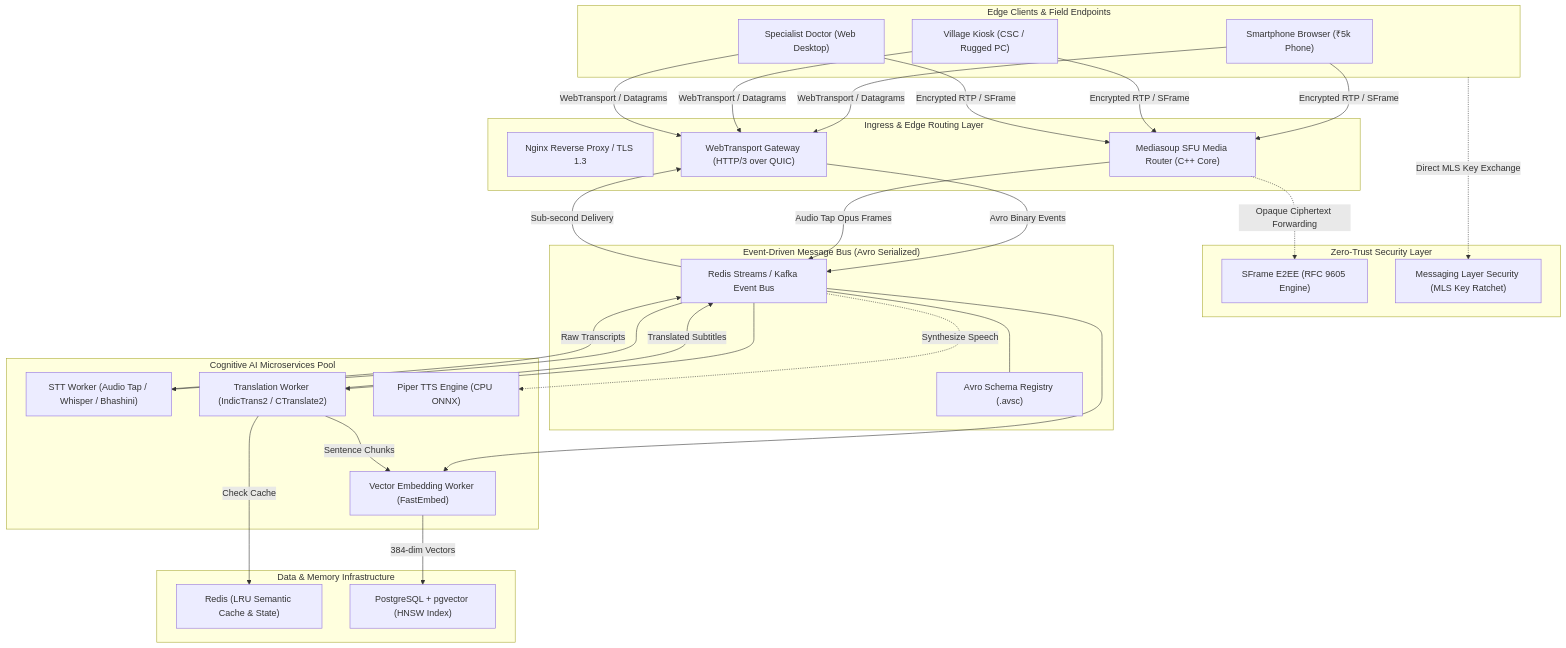
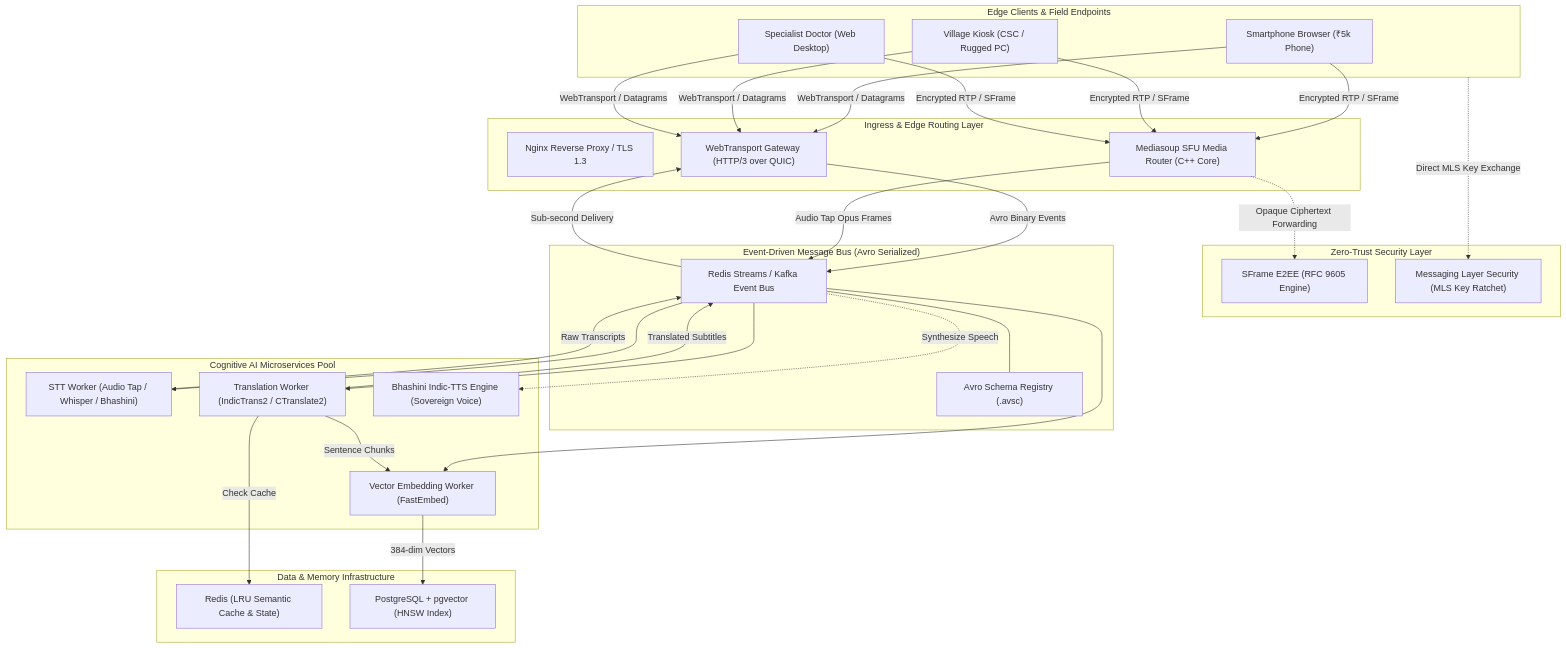
Before and after one commit to aditya-strategix/BhashaBridge: the first of 4 diagrams in docs/newArchitecture.md, drawn with Mermaid. The commit also changed other lines of this file and 96 other files, not shown here.

Commit message:
major architecture changes happened

````diff
--- a/docs/newArchitecture.md
+++ b/docs/newArchitecture.md
@@ -37,69 +37,69 @@
 ```mermaid
 flowchart TB
     subgraph Clients["Edge Clients & Field Endpoints"]
         Smartphone["Smartphone Browser (₹5k Phone)"]
         Kiosk["Village Kiosk (CSC / Rugged PC)"]
         Browser["Specialist Doctor (Web Desktop)"]
     end
 
     subgraph Ingress["Ingress & Edge Routing Layer"]
         Nginx["Nginx Reverse Proxy / TLS 1.3"]
         WT["WebTransport Gateway (HTTP/3 over QUIC)"]
         SFU["Mediasoup SFU Media Router (C++ Core)"]
     end
 
     subgraph Security["Zero-Trust Security Layer"]
         SFrame["SFrame E2EE (RFC 9605 Engine)"]
         MLS["Messaging Layer Security (MLS Key Ratchet)"]
     end
 
     subgraph Messaging["Event-Driven Message Bus (Avro Serialized)"]
         Kafka["Redis Streams / Kafka Event Bus"]
         SchemaReg["Avro Schema Registry (.avsc)"]
     end
 
     subgraph AIServices["Cognitive AI Microservices Pool"]
         STTWorker["STT Worker (Audio Tap / Whisper / Bhashini)"]
         TransWorker["Translation Worker (IndicTrans2 / CTranslate2)"]
-        TTSWorker["Piper TTS Engine (CPU ONNX)"]
+        TTSWorker["Bhashini Indic-TTS Engine (Sovereign Voice)"]
         RAGWorker["Vector Embedding Worker (FastEmbed)"]
     end
 
     subgraph DataTier["Data & Memory Infrastructure"]
         RedisCache["Redis (LRU Semantic Cache & State)"]
         Postgres["PostgreSQL + pgvector (HNSW Index)"]
     end
 
     %% Client Connections
     Smartphone -->|WebTransport / Datagrams| WT
     Smartphone -->|Encrypted RTP / SFrame| SFU
     Kiosk -->|WebTransport / Datagrams| WT
     Kiosk -->|Encrypted RTP / SFrame| SFU
     Browser -->|WebTransport / Datagrams| WT
     Browser -->|Encrypted RTP / SFrame| SFU
 
     %% SFrame & Security
     SFU -.->|Opaque Ciphertext Forwarding| SFrame
     Clients -.->|Direct MLS Key Exchange| MLS
 
     %% Ingress to Message Bus
     WT -->|Avro Binary Events| Kafka
     SFU -->|Audio Tap Opus Frames| Kafka
     Kafka --- SchemaReg
 
     %% Event Bus to Workers
     Kafka --> STTWorker
     Kafka --> TransWorker
     Kafka --> RAGWorker
 
     %% Worker Operations & Storage
     STTWorker -->|Raw Transcripts| Kafka
     TransWorker -->|Check Cache| RedisCache
     TransWorker -->|Translated Subtitles| Kafka
     TransWorker -->|Sentence Chunks| RAGWorker
     RAGWorker -->|384-dim Vectors| Postgres
     Kafka -->|Sub-second Delivery| WT
 
     %% TTS on demand
     Kafka -.->|Synthesize Speech| TTSWorker
 ```
````
